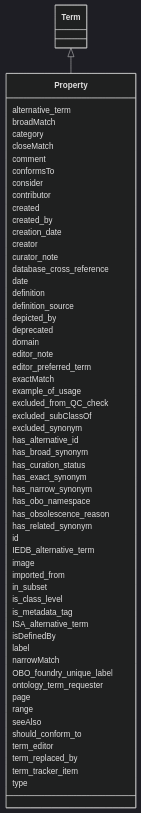
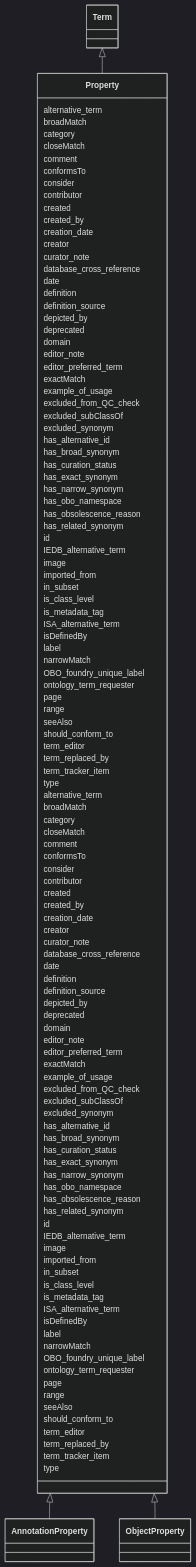
The diagram in ontology-metadata/Property.md (INCATools/ontology-access-kit), drawn with Mermaid (dark theme) before and after one commit. The commit also changed other lines of this file and 245 other files, not shown here.

````diff
--- a/ontology-metadata/Property.md
+++ b/ontology-metadata/Property.md
@@ -13,5 +13,6 @@
 ```{mermaid}
  classDiagram
+    class Property
       Term <|-- Property
       
       Property : alternative_term
@@ -72,4 +73,64 @@
       Property : type
       
 
+      Property <|-- AnnotationProperty
+      Property <|-- ObjectProperty
+      
+      Property : alternative_term
+      Property : broadMatch
+      Property : category
+      Property : closeMatch
+      Property : comment
+      Property : conformsTo
+      Property : consider
+      Property : contributor
+      Property : created
+      Property : created_by
+      Property : creation_date
+      Property : creator
+      Property : curator_note
+      Property : database_cross_reference
+      Property : date
+      Property : definition
+      Property : definition_source
+      Property : depicted_by
+      Property : deprecated
+      Property : domain
+      Property : editor_note
+      Property : editor_preferred_term
+      Property : exactMatch
+      Property : example_of_usage
+      Property : excluded_from_QC_check
+      Property : excluded_subClassOf
+      Property : excluded_synonym
+      Property : has_alternative_id
+      Property : has_broad_synonym
+      Property : has_curation_status
+      Property : has_exact_synonym
+      Property : has_narrow_synonym
+      Property : has_obo_namespace
+      Property : has_obsolescence_reason
+      Property : has_related_synonym
+      Property : id
+      Property : IEDB_alternative_term
+      Property : image
+      Property : imported_from
+      Property : in_subset
+      Property : is_class_level
+      Property : is_metadata_tag
+      Property : ISA_alternative_term
+      Property : isDefinedBy
+      Property : label
+      Property : narrowMatch
+      Property : OBO_foundry_unique_label
+      Property : ontology_term_requester
+      Property : page
+      Property : range
+      Property : seeAlso
+      Property : should_conform_to
+      Property : term_editor
+      Property : term_replaced_by
+      Property : term_tracker_item
+      Property : type
+      
 ```
````
